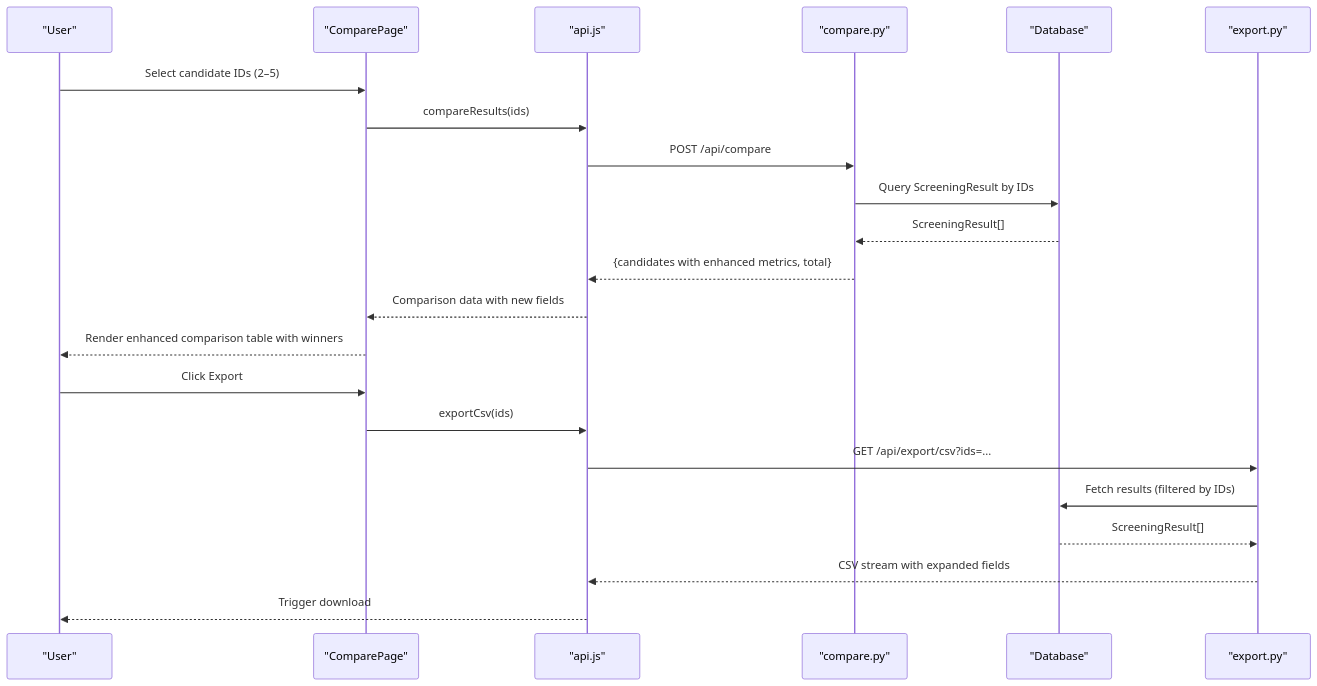
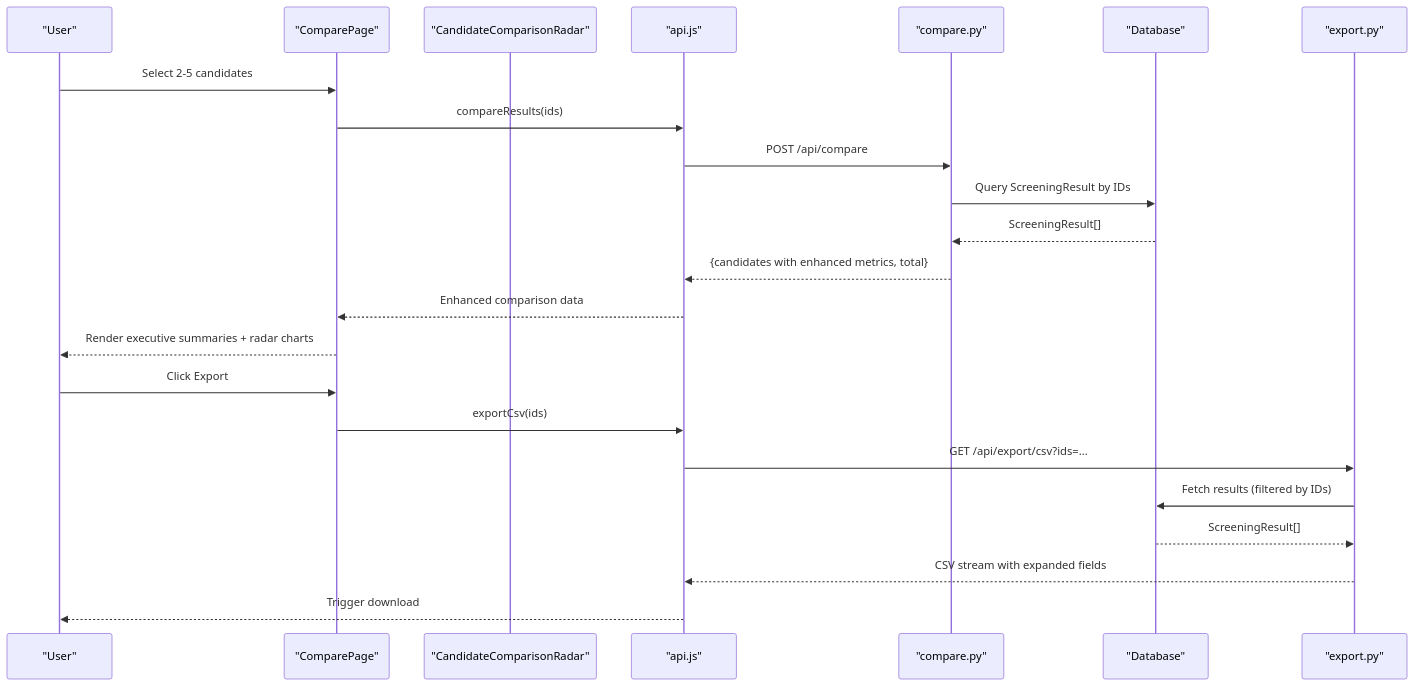
One commit to Revanththetalogics/aireume changed the second of 8 diagrams in .qoder/repowiki/en/content/Reporting & Analytics/Comparison & Visualization.md. Above: the diagram before and after it, drawn with Mermaid. The commit also changed other lines of this file and 32 other files, not shown here.

````diff
--- a/.qoder/repowiki/en/content/Reporting & Analytics/Comparison & Visualization.md
+++ b/.qoder/repowiki/en/content/Reporting & Analytics/Comparison & Visualization.md
@@ -133,24 +153,25 @@
 ```mermaid
 sequenceDiagram
 participant U as "User"
 participant CP as "ComparePage"
+participant CCR as "CandidateComparisonRadar"
 participant API as "api.js"
 participant BE as "compare.py"
 participant DB as "Database"
 participant EXP as "export.py"
-U->>CP : Select candidate IDs (2–5)
+U->>CP : Select 2-5 candidates
 CP->>API : compareResults(ids)
 API->>BE : POST /api/compare
 BE->>DB : Query ScreeningResult by IDs
 DB-->>BE : ScreeningResult[]
 BE-->>API : {candidates with enhanced metrics, total}
-API-->>CP : Comparison data with new fields
-CP-->>U : Render enhanced comparison table with winners
+API-->>CP : Enhanced comparison data
+CP-->>U : Render executive summaries + radar charts
 U->>CP : Click Export
 CP->>API : exportCsv(ids)
 API->>EXP : GET /api/export/csv?ids=...
 EXP->>DB : Fetch results (filtered by IDs)
 DB-->>EXP : ScreeningResult[]
 EXP-->>API : CSV stream with expanded fields
 API-->>U : Trigger download
 ```
````
